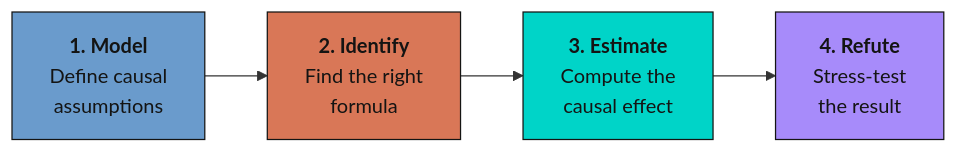
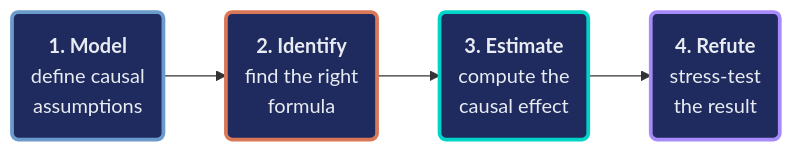
The first of 5 diagrams in content/post/python_dowhy/index.md (cmg777/starter-academic-v501), drawn with Mermaid before and after one commit. The commit also changed other lines of this file and 2 other files, not shown here.

First line of the commit message:
content(mermaid): restyle flowcharts in stata_rct, python_dowhy, r_estimateW (pilot)

````diff
--- a/content/post/python_dowhy/index.md
+++ b/content/post/python_dowhy/index.md
@@ -258,11 +258,14 @@
 ```mermaid
 graph LR
-    A["<b>1. Model</b><br/>Define causal<br/>assumptions"] --> B["<b>2. Identify</b><br/>Find the right<br/>formula"]
-    B --> C["<b>3. Estimate</b><br/>Compute the<br/>causal effect"]
-    C --> D["<b>4. Refute</b><br/>Stress-test<br/>the result"]
-
-    style A fill:#6a9bcc,stroke:#141413,color:#141413
-    style B fill:#d97757,stroke:#141413,color:#141413
-    style C fill:#00d4c8,stroke:#141413,color:#141413
-    style D fill:#a78bfa,stroke:#141413,color:#141413
+    A("<b>1. Model</b><br/>define causal<br/>assumptions") --> B("<b>2. Identify</b><br/>find the right<br/>formula")
+    B --> C("<b>3. Estimate</b><br/>compute the<br/>causal effect")
+    C --> D("<b>4. Refute</b><br/>stress-test<br/>the result")
+    classDef blue fill:#1f2b5e,stroke:#6a9bcc,stroke-width:3px,color:#e8ecf2
+    classDef orange fill:#1f2b5e,stroke:#d97757,stroke-width:3px,color:#e8ecf2
+    classDef teal fill:#1f2b5e,stroke:#00d4c8,stroke-width:3px,color:#e8ecf2
+    classDef violet fill:#1f2b5e,stroke:#a78bfa,stroke-width:3px,color:#e8ecf2
+    class A blue
+    class B orange
+    class C teal
+    class D violet
 ```
````
